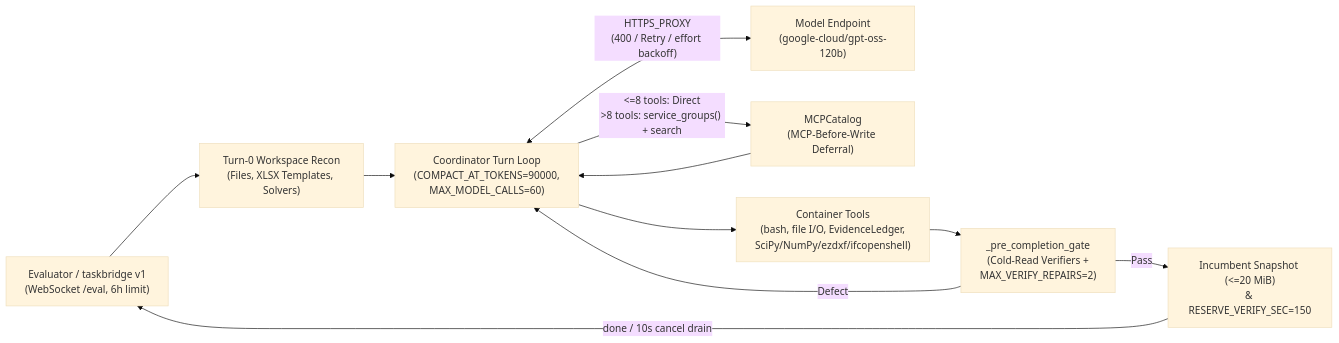
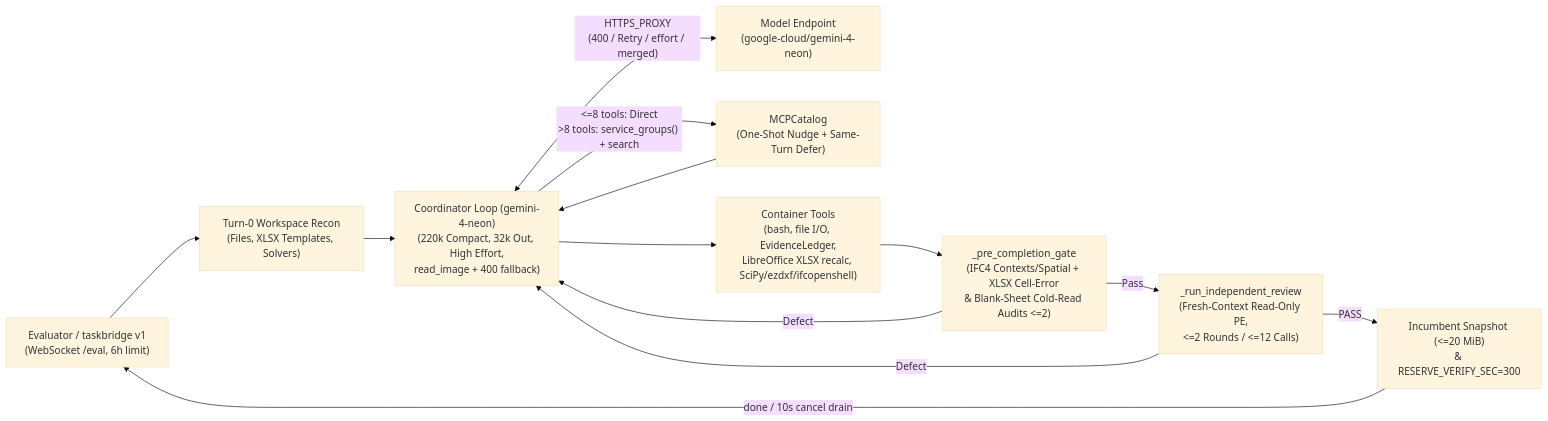
One commit to JamesWeatherhead/ple-harness changed the diagram in README.md. Above: the diagram before and after it, drawn with Mermaid (base theme). The commit also changed other lines of this file and 44 other files, not shown here.

Commit message:
ple-harness v3.0: Gemini 4 Neon Stage-2 harness, fresh PE reviewer, IFC4/XLSX audits, rubric MCP fix, PhD figures

````diff
--- a/README.md
+++ b/README.md
@@ -19,13 +19,15 @@
 ```mermaid
 flowchart LR
     EVAL["Evaluator / taskbridge v1<br/>(WebSocket /eval, 6h limit)"] --> RECON["Turn-0 Workspace Recon<br/>(Files, XLSX Templates, Solvers)"]
-    RECON --> LOOP["Coordinator Turn Loop<br/>(COMPACT_AT_TOKENS=90000,<br/>MAX_MODEL_CALLS=60)"]
-    LOOP <-->|"HTTPS_PROXY<br/>(400 / Retry / effort backoff)"| LLM["Model Endpoint<br/>(google-cloud/gpt-oss-120b)"]
-    LOOP -->|"<=8 tools: Direct<br/>>8 tools: service_groups() + search"| MCP["MCPCatalog<br/>(MCP-Before-Write Deferral)"]
-    LOOP --> TOOLS["Container Tools<br/>(bash, file I/O, EvidenceLedger,<br/>SciPy/NumPy/ezdxf/ifcopenshell)"]
+    RECON --> LOOP["Coordinator Loop (gemini-4-neon)<br/>(220k Compact, 32k Out, High Effort,<br/>read_image + 400 fallback)"]
+    LOOP <-->|"HTTPS_PROXY<br/>(400 / Retry / effort / merged)"| LLM["Model Endpoint<br/>(google-cloud/gemini-4-neon)"]
+    LOOP -->|"<=8 tools: Direct<br/>>8 tools: service_groups() + search"| MCP["MCPCatalog<br/>(One-Shot Nudge + Same-Turn Defer)"]
+    LOOP --> TOOLS["Container Tools<br/>(bash, file I/O, EvidenceLedger,<br/>LibreOffice XLSX recalc, SciPy/ezdxf/ifcopenshell)"]
     MCP --> LOOP
-    TOOLS --> GATE["_pre_completion_gate<br/>(Cold-Read Verifiers +<br/>MAX_VERIFY_REPAIRS=2)"]
-    GATE -->|"Pass"| INC["Incumbent Snapshot (<=20 MiB)<br/>& RESERVE_VERIFY_SEC=150"]
+    TOOLS --> GATE["_pre_completion_gate<br/>(IFC4 Contexts/Spatial + XLSX Cell-Error<br/>& Blank-Sheet Cold-Read Audits <=2)"]
+    GATE -->|"Pass"| PE["_run_independent_review<br/>(Fresh-Context Read-Only PE,<br/><=2 Rounds / <=12 Calls)"]
     GATE -->|"Defect"| LOOP
+    PE -->|"PASS"| INC["Incumbent Snapshot (<=20 MiB)<br/>& RESERVE_VERIFY_SEC=300"]
+    PE -->|"Defect"| LOOP
     INC -->|"done / 10s cancel drain"| EVAL
 ```
````
